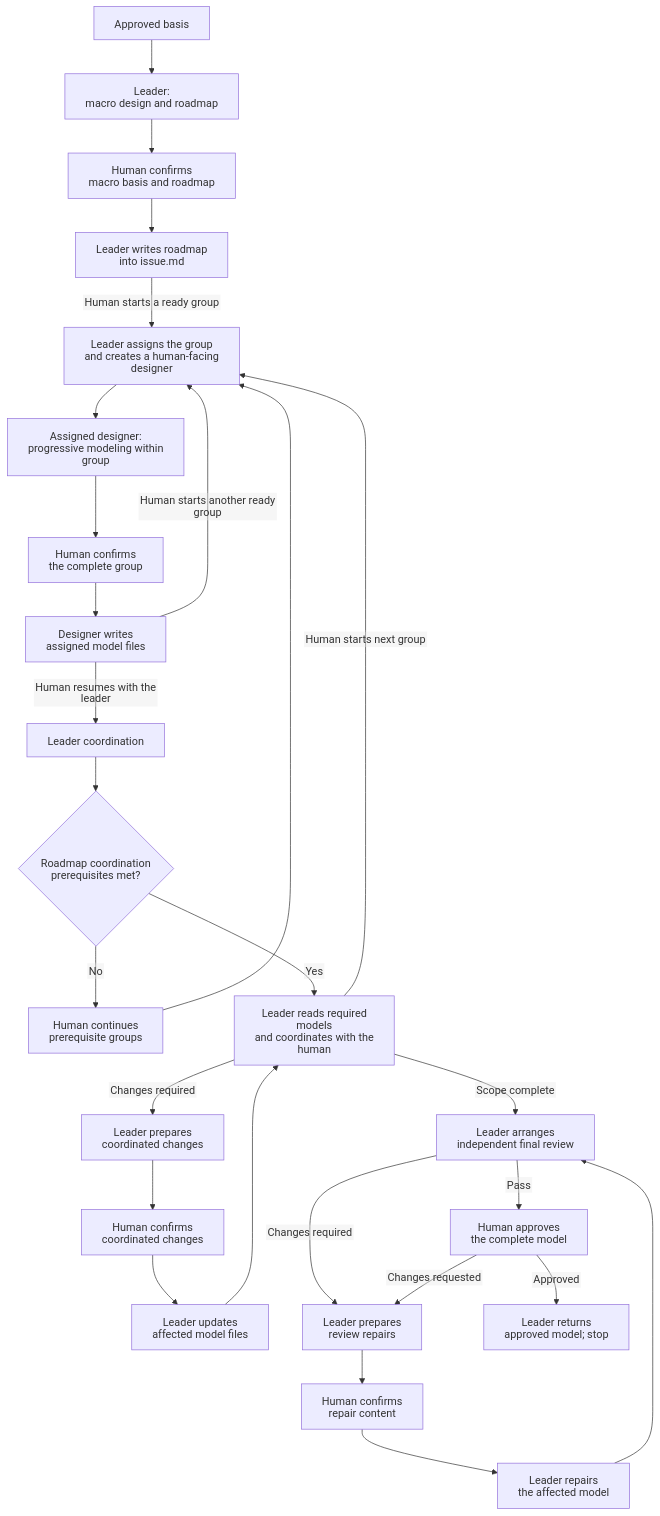
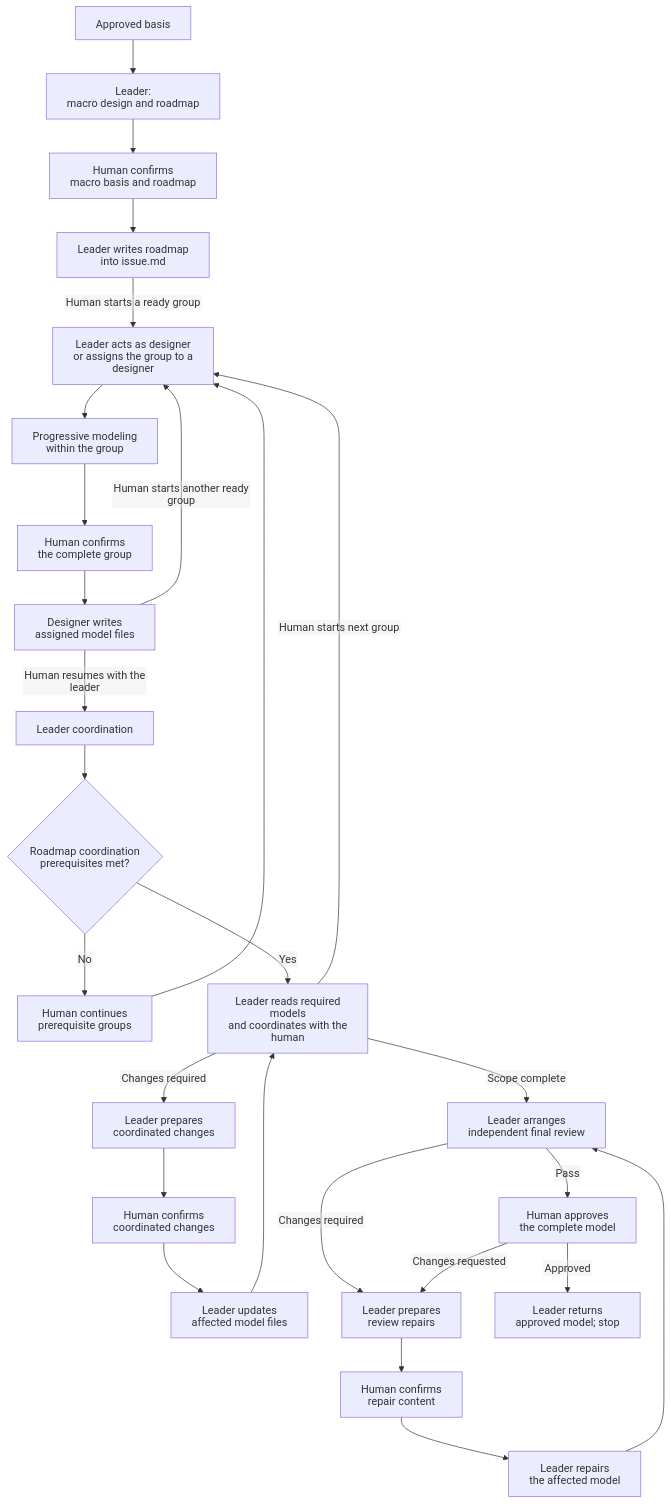
One commit to jidibinlin/clarity-skills changed the diagram in clarify-technical-design/SKILL.md. Above: the diagram before and after it, drawn with Mermaid. The commit also changed 1 other file, not shown here.

Commit message:
Clarify designer sessions without prescribing an agent type

````diff
--- a/clarify-technical-design/SKILL.md
+++ b/clarify-technical-design/SKILL.md
@@ -75,36 +75,36 @@
 ```mermaid
 %%{init: {"htmlLabels": false}}%%
 flowchart TD
     A["Approved basis"] --> B["Leader:<br/>macro design and roadmap"]
     B --> C["Human confirms<br/>macro basis and roadmap"]
     C --> R["Leader writes roadmap<br/>into issue.md"]
 
-    R -->|Human starts a ready group| S["Leader assigns the group<br/>and creates a human-facing designer"]
-    S --> D["Assigned designer:<br/>progressive modeling within group"]
+    R -->|Human starts a ready group| S["Leader acts as designer<br/>or assigns the group to a designer"]
+    S --> D["Progressive modeling within the group"]
     D --> E["Human confirms<br/>the complete group"]
     E --> F["Designer writes<br/>assigned model files"]
 
     F -->|Human starts another ready group| S
     F -->|Human resumes with the leader| U["Leader coordination"]
 
     U --> Q{"Roadmap coordination<br/>prerequisites met?"}
     Q -->|No| V["Human continues<br/>prerequisite groups"]
     V --> S
 
     Q -->|Yes| K["Leader reads required models<br/>and coordinates with the human"]
     K -->|Human starts next group| S
     K -->|Changes required| H["Leader prepares<br/>coordinated changes"]
     H --> I["Human confirms<br/>coordinated changes"]
     I --> J["Leader updates<br/>affected model files"]
     J --> K
     K -->|Scope complete| G["Leader arranges<br/>independent final review"]
 
     G -->|Changes required| P["Leader prepares<br/>review repairs"]
     P --> T["Human confirms<br/>repair content"]
     T --> W["Leader repairs<br/>the affected model"]
     W --> G
 
     G -->|Pass| N["Human approves<br/>the complete model"]
     N -->|Changes requested| P
     N -->|Approved| Z["Leader returns<br/>approved model; stop"]
 ```
````
